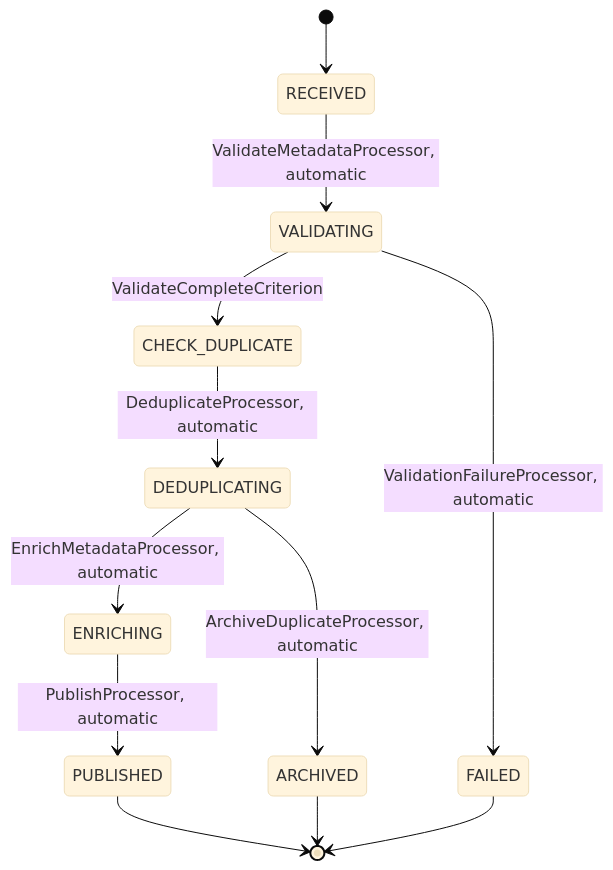
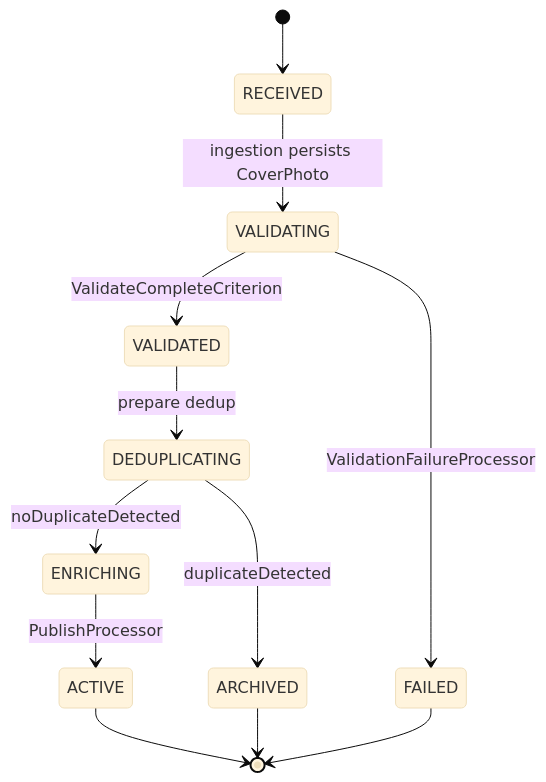
The first of 3 diagrams in src/main/java/com/java_template/prototype/functional_requirement.md (Cyoda-platform/java-client-template), drawn with Mermaid (base theme) before and after one commit. The commit also changed other lines of this file, not shown here.

````diff
--- a/src/main/java/com/java_template/prototype/functional_requirement.md
+++ b/src/main/java/com/java_template/prototype/functional_requirement.md
@@ -63,14 +94,14 @@
 ```mermaid
 stateDiagram-v2
     [*] --> RECEIVED
-    RECEIVED --> VALIDATING : ValidateMetadataProcessor, automatic
-    VALIDATING --> CHECK_DUPLICATE : ValidateCompleteCriterion
-    CHECK_DUPLICATE --> DEDUPLICATING : DeduplicateProcessor, automatic
-    DEDUPLICATING --> ENRICHING : EnrichMetadataProcessor, automatic
-    ENRICHING --> PUBLISHED : PublishProcessor, automatic
-    DEDUPLICATING --> ARCHIVED : ArchiveDuplicateProcessor, automatic
-    VALIDATING --> FAILED : ValidationFailureProcessor, automatic
-    PUBLISHED --> [*]
+    RECEIVED --> VALIDATING : ingestion persists CoverPhoto
+    VALIDATING --> VALIDATED : ValidateCompleteCriterion
+    VALIDATING --> FAILED : ValidationFailureProcessor
+    VALIDATED --> DEDUPLICATING : prepare dedup
+    DEDUPLICATING --> ENRICHING : noDuplicateDetected
+    DEDUPLICATING --> ARCHIVED : duplicateDetected
+    ENRICHING --> ACTIVE : PublishProcessor
+    ACTIVE --> [*]
     ARCHIVED --> [*]
     FAILED --> [*]
 ```
````
